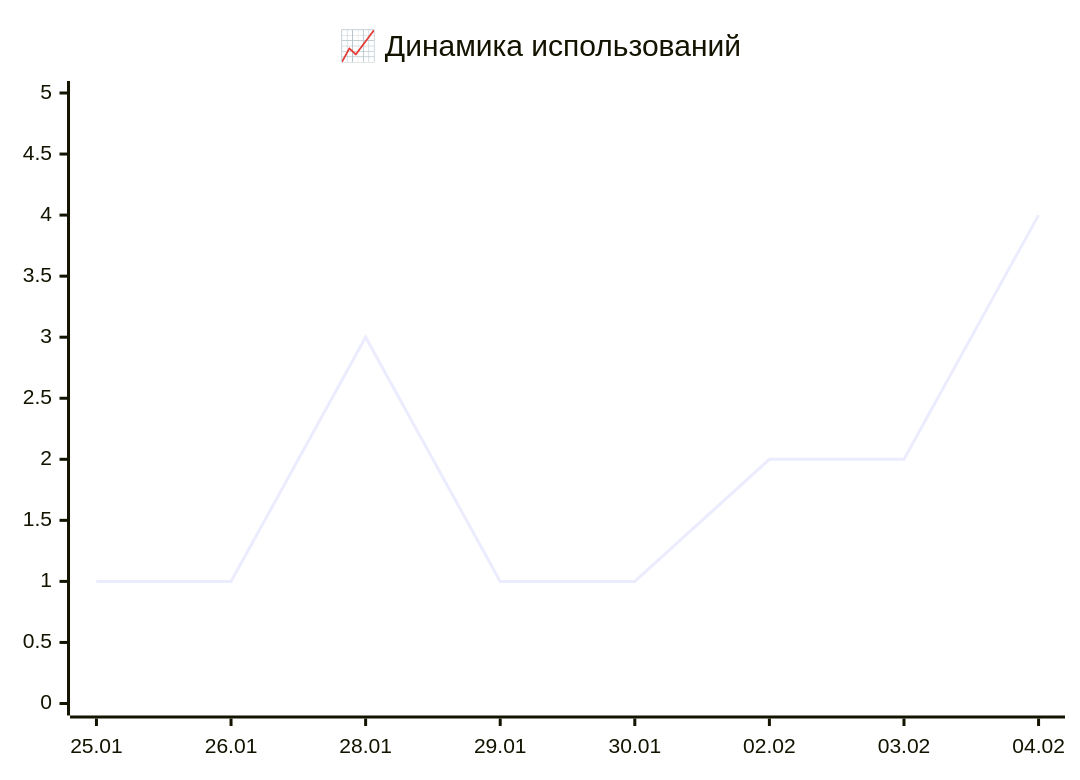
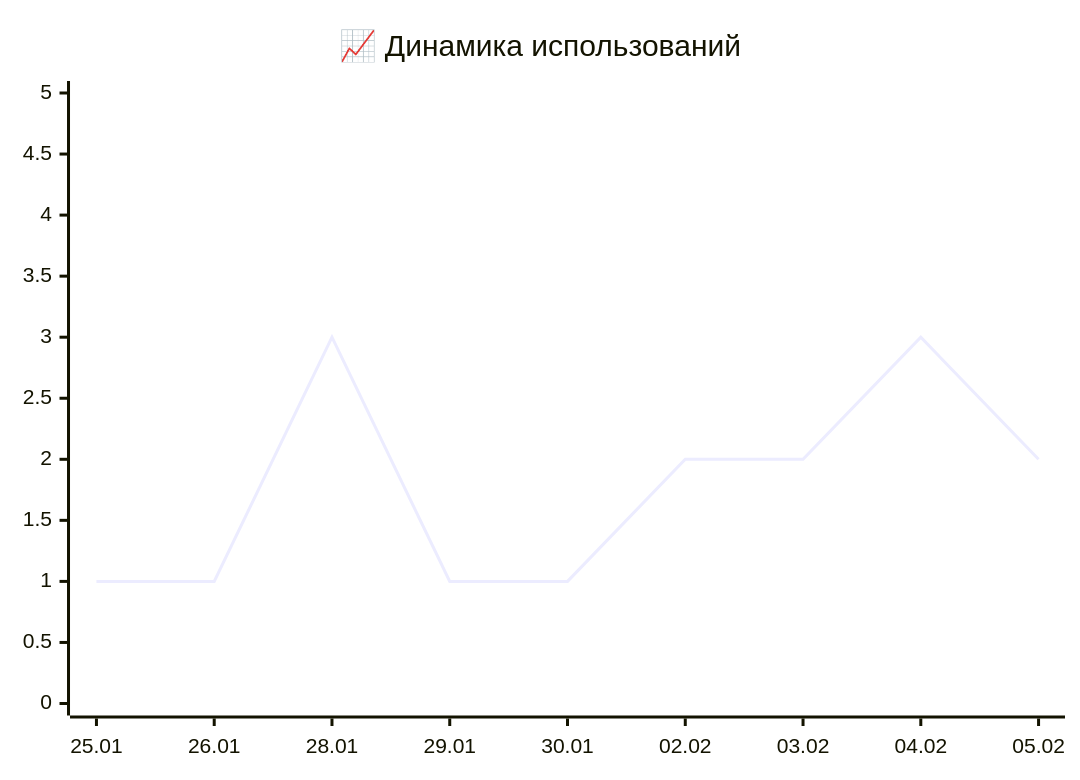
One commit to IliaKurdukov/the_security_curves changed the first of 2 diagrams in README.md. Above: the diagram before and after it, drawn with Mermaid. The commit also changed other lines of this file, not shown here.

Commit message:
📊 Обновление аналитики 2026-02-06

````diff
--- a/README.md
+++ b/README.md
@@ -34,16 +34,16 @@
 ```mermaid
 %%{init: {'config': {
   'xychart': {
     'width': 400,
     'height': 300,
     'showDataLabel': true,
     'plotColorPalette': '#3572a5'
   }
 }}}%%
 xychart-beta
     title "📈 Динамика использований"
-    x-axis ["25.01", "26.01", "28.01", "29.01", "30.01", "02.02", "03.02", "04.02"]
+    x-axis ["25.01", "26.01", "28.01", "29.01", "30.01", "02.02", "03.02", "04.02", "05.02"]
     y-axis "" 0 --> 5
-    line [1, 1, 3, 1, 1, 2, 2, 4]
+    line [1, 1, 3, 1, 1, 2, 2, 3, 2]
 
 ```
````
